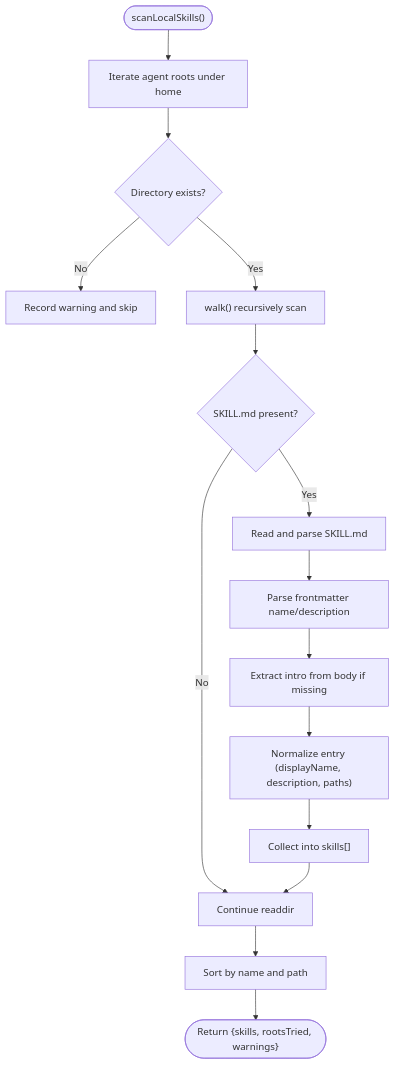
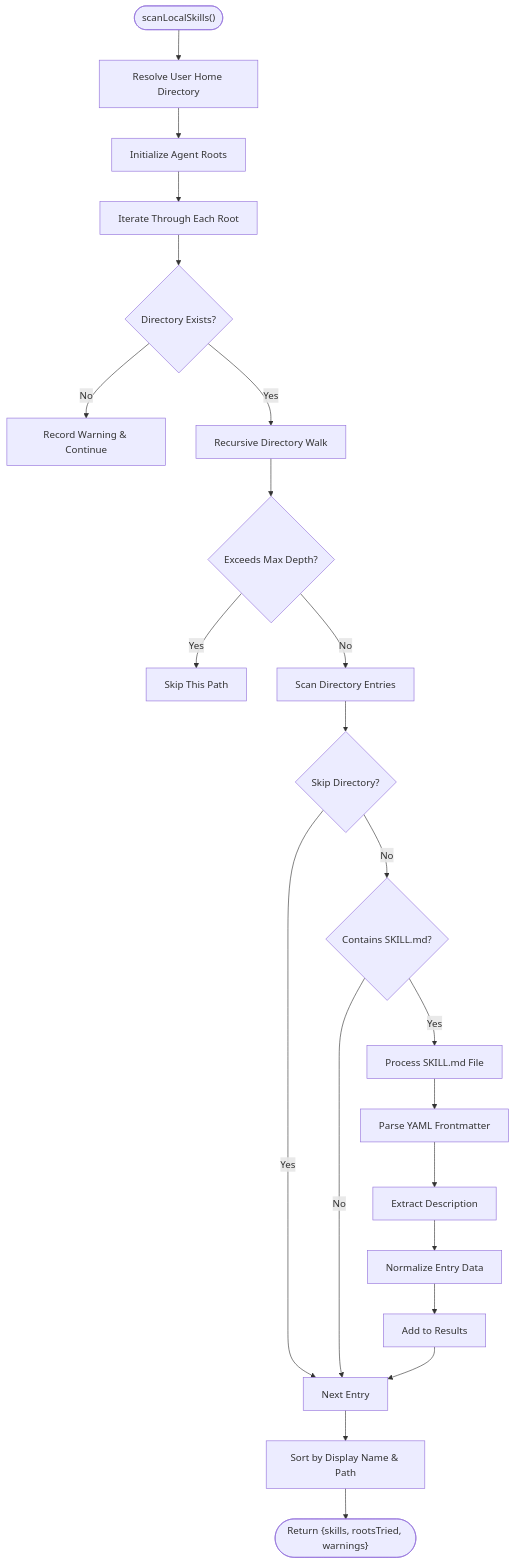
Before and after one commit to Glimora-X/work-helper: the third of 4 diagrams in .qoder/repowiki/en/content/AI Assistant System/Skill System Architecture.md, drawn with Mermaid. The commit also changed other lines of this file and 5 other files, not shown here.

First line of the commit message:
docs(skill): enhance skill system architecture and documentation

````diff
--- a/.qoder/repowiki/en/content/AI Assistant System/Skill System Architecture.md
+++ b/.qoder/repowiki/en/content/AI Assistant System/Skill System Architecture.md
@@ -179,17 +209,24 @@
 ```mermaid
 flowchart TD
-Start(["scanLocalSkills()"]) --> Roots["Iterate agent roots under home"]
-Roots --> Exists{"Directory exists?"}
-Exists --> |No| Warn["Record warning and skip"]
-Exists --> |Yes| Walk["walk() recursively scan"]
-Walk --> Found{"SKILL.md present?"}
-Found --> |No| Next["Continue readdir"]
-Found --> |Yes| Read["Read and parse SKILL.md"]
-Read --> FM["Parse frontmatter name/description"]
-FM --> Intro["Extract intro from body if missing"]
-Intro --> Normalize["Normalize entry (displayName, description, paths)"]
-Normalize --> Collect["Collect into skills[]"]
-Collect --> Next
-Next --> Sort["Sort by name and path"]
-Sort --> Done(["Return {skills, rootsTried, warnings}"])
+Start(["scanLocalSkills()"]) --> Home["Resolve User Home Directory"]
+Home --> Roots["Initialize Agent Roots"]
+Roots --> Iterate["Iterate Through Each Root"]
+Iterate --> Check{"Directory Exists?"}
+Check --> |No| Warn["Record Warning & Continue"]
+Check --> |Yes| Walk["Recursive Directory Walk"]
+Walk --> Depth{"Exceeds Max Depth?"}
+Depth --> |Yes| Skip["Skip This Path"]
+Depth --> |No| Scan["Scan Directory Entries"]
+Scan --> Filter{"Skip Directory?"}
+Filter --> |Yes| Next["Next Entry"]
+Filter --> |No| CheckFile{"Contains SKILL.md?"}
+CheckFile --> |No| Next
+CheckFile --> |Yes| Process["Process SKILL.md File"]
+Process --> Parse["Parse YAML Frontmatter"]
+Parse --> Extract["Extract Description"]
+Extract --> Normalize["Normalize Entry Data"]
+Normalize --> Add["Add to Results"]
+Add --> Next
+Next --> Sort["Sort by Display Name & Path"]
+Sort --> Return(["Return {skills, rootsTried, warnings}"])
 ```
````
